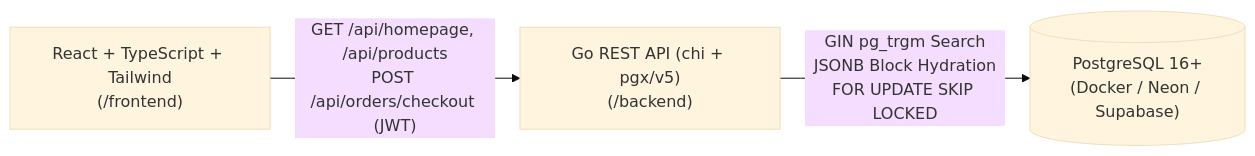
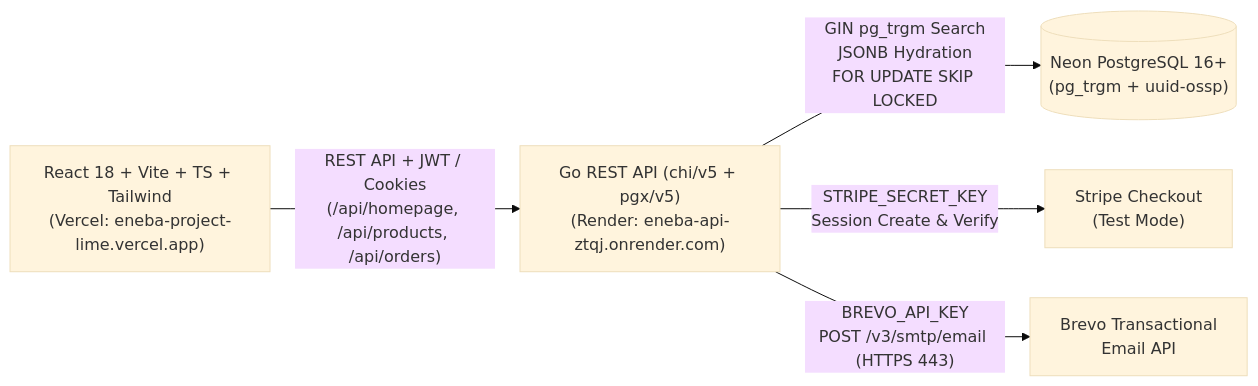
One commit to LeonidKoriakovskis/Eneba-Project changed the diagram in README.md. Above: the diagram before and after it, drawn with Mermaid (base theme). The commit also changed other lines of this file and 4 other files, not shown here.

````diff
--- a/README.md
+++ b/README.md
@@ -46,5 +51,7 @@
 ```mermaid
 graph LR
-    FE["React + TypeScript + Tailwind\n(/frontend)"] -->|"GET /api/homepage, /api/products\nPOST /api/orders/checkout (JWT)"| API["Go REST API (chi + pgx/v5)\n(/backend)"]
-    API -->|"GIN pg_trgm Search\nJSONB Block Hydration\nFOR UPDATE SKIP LOCKED"| DB[("PostgreSQL 16+\n(Docker / Neon / Supabase)")]
+    FE["React 18 + Vite + TS + Tailwind\n(Vercel: eneba-project-lime.vercel.app)"] -->|"REST API + JWT / Cookies\n(/api/homepage, /api/products, /api/orders)"| API["Go REST API (chi/v5 + pgx/v5)\n(Render: eneba-api-ztqj.onrender.com)"]
+    API -->|"GIN pg_trgm Search\nJSONB Hydration\nFOR UPDATE SKIP LOCKED"| DB[("Neon PostgreSQL 16+\n(pg_trgm + uuid-ossp)")]
+    API -->|"STRIPE_SECRET_KEY\nSession Create & Verify"| STRIPE["Stripe Checkout\n(Test Mode)"]
+    API -->|"BREVO_API_KEY\nPOST /v3/smtp/email (HTTPS 443)"| BREVO["Brevo Transactional\nEmail API"]
 ```
````
